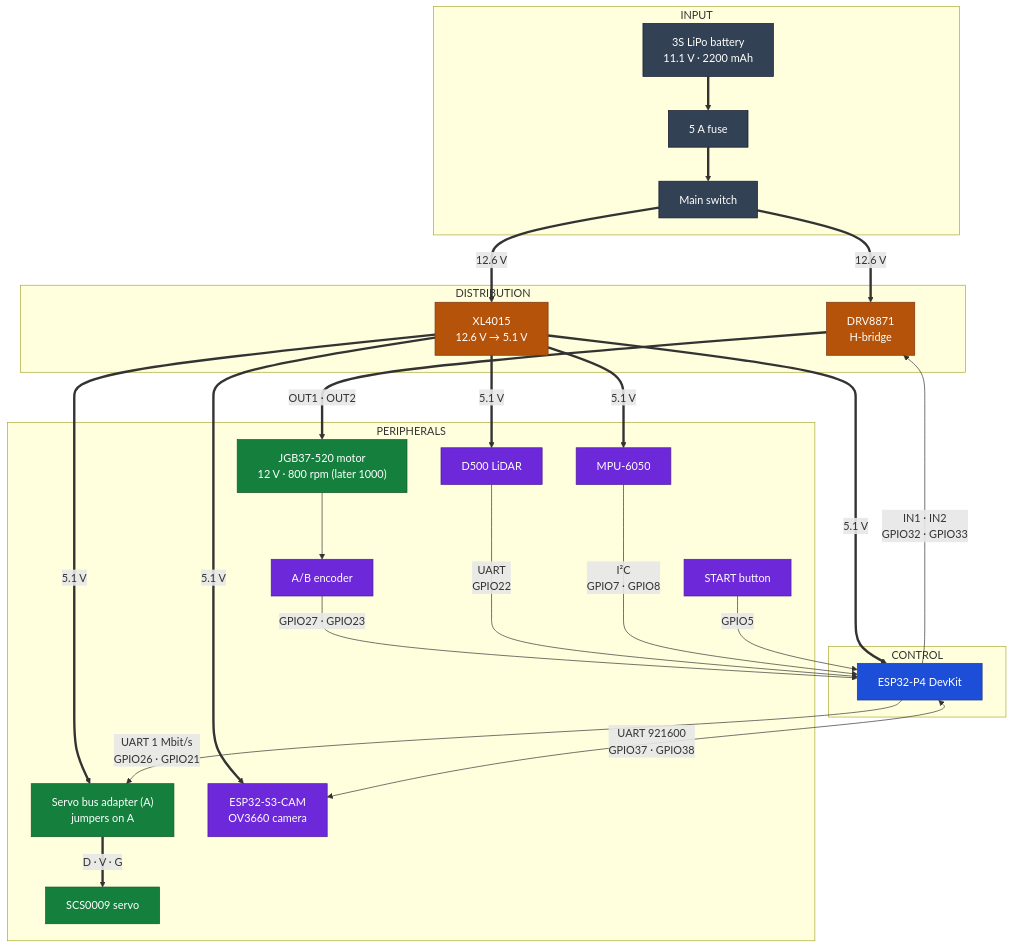
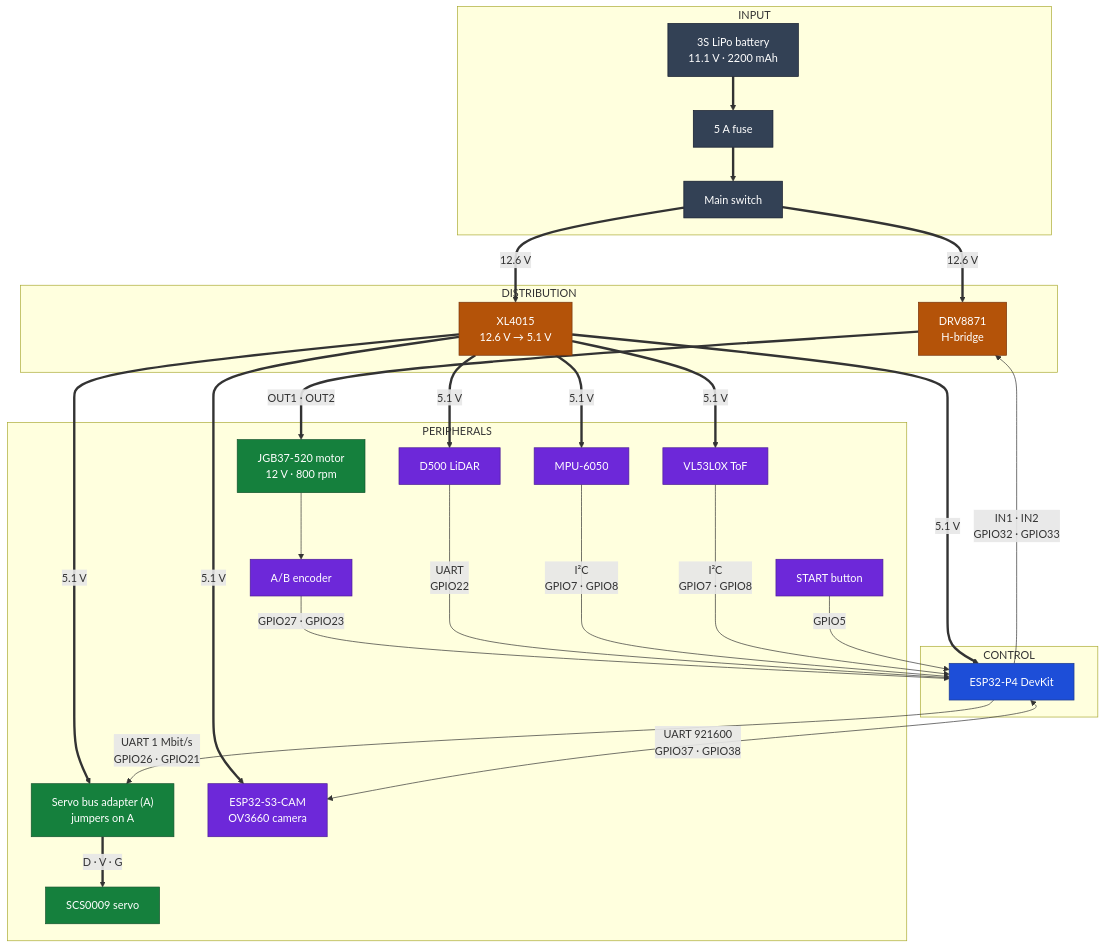
Before and after one commit to Eddym06/AutoNex: the first of 5 diagrams in docs/ELECTRONICS.md, drawn with Mermaid. The commit also changed other lines of this file and 20 other files, not shown here.

````diff
--- a/docs/ELECTRONICS.md
+++ b/docs/ELECTRONICS.md
@@ -95,59 +106,62 @@
 ```mermaid
 flowchart TB
     subgraph ENT["INPUT"]
         BAT["3S LiPo battery<br/>11.1 V · 2200 mAh"]
         FUS["5 A fuse"]
         SW["Main switch"]
     end
 
     subgraph DIST["DISTRIBUTION"]
         DRV["DRV8871<br/>H-bridge"]
         BUCK["XL4015<br/>12.6 V → 5.1 V"]
     end
 
     subgraph CTRL["CONTROL"]
         P4["ESP32-P4 DevKit"]
     end
 
     subgraph PER["PERIPHERALS"]
-        MOT["JGB37-520 motor<br/>12 V · 800 rpm (later 1000)"]
+        MOT["JGB37-520 motor<br/>12 V · 800 rpm"]
         ENC["A/B encoder"]
         ADP["Servo bus adapter (A)<br/>jumpers on A"]
         SRV["SCS0009 servo"]
         LID["D500 LiDAR"]
         IMU["MPU-6050"]
+        TOF["VL53L0X ToF"]
         BTN["START button"]
         S3CAM["ESP32-S3-CAM<br/>OV3660 camera"]
     end
 
     BAT ==> FUS ==> SW
     SW ==>|"12.6 V"| DRV
     SW ==>|"12.6 V"| BUCK
     BUCK ==>|"5.1 V"| P4
     BUCK ==>|"5.1 V"| ADP
     BUCK ==>|"5.1 V"| LID
     BUCK ==>|"5.1 V"| IMU
+    BUCK ==>|"5.1 V"| TOF
     BUCK ==>|"5.1 V"| S3CAM
     DRV ==>|"OUT1 · OUT2"| MOT
     MOT --> ENC
     P4 -->|"IN1 · IN2<br/>GPIO32 · GPIO33"| DRV
     ENC -->|"GPIO27 · GPIO23"| P4
     P4 -->|"UART 1 Mbit/s<br/>GPIO26 · GPIO21"| ADP
     ADP ==>|"D · V · G"| SRV
     LID -->|"UART<br/>GPIO22"| P4
     IMU -->|"I²C<br/>GPIO7 · GPIO8"| P4
+    TOF -->|"I²C<br/>GPIO7 · GPIO8"| P4
     BTN -->|"GPIO5"| P4
     P4 <-->|"UART 921600<br/>GPIO37 · GPIO38"| S3CAM
 
     classDef ent fill:#334155,stroke:#0f172a,color:#ffffff
     classDef dist fill:#b45309,stroke:#78350f,color:#ffffff
     classDef ctrl fill:#1d4ed8,stroke:#1e3a8a,color:#ffffff
     classDef act fill:#15803d,stroke:#14532d,color:#ffffff
     classDef sen fill:#6d28d9,stroke:#4c1d95,color:#ffffff
 
     class BAT,FUS,SW ent
     class DRV,BUCK dist
     class P4 ctrl
     class MOT,SRV,ADP act
-    class ENC,LID,IMU,BTN,S3CAM sen
+    class ENC,LID,IMU,TOF,BTN,S3CAM sen
 ```
````
